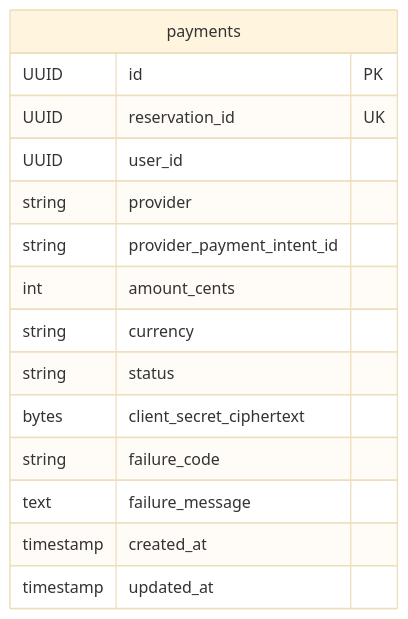
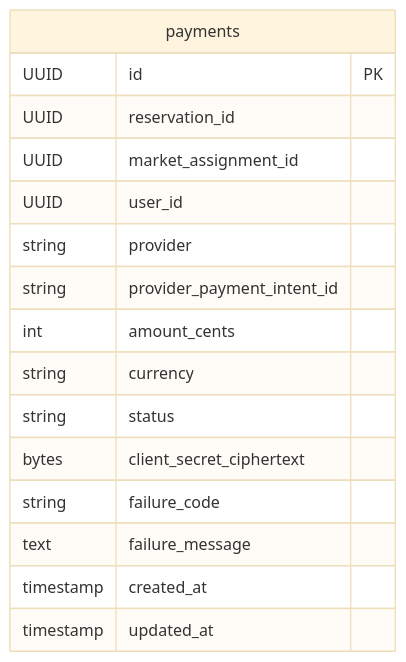
The diagram in docs/api/services/payments/schema.md (cristiangilsanz/qrew), drawn with Mermaid (base theme) before and after one commit. The commit also changed other lines of this file and 222 other files, not shown here.

````diff
--- a/docs/api/services/payments/schema.md
+++ b/docs/api/services/payments/schema.md
@@ -3,18 +3,19 @@
 ```mermaid
 erDiagram
     payments {
         UUID id PK
-        UUID reservation_id UK
+        UUID reservation_id
+        UUID market_assignment_id
         UUID user_id
         string provider
         string provider_payment_intent_id
         int amount_cents
         string currency
         string status
         bytes client_secret_ciphertext
         string failure_code
         text failure_message
         timestamp created_at
         timestamp updated_at
     }
 ```
````
